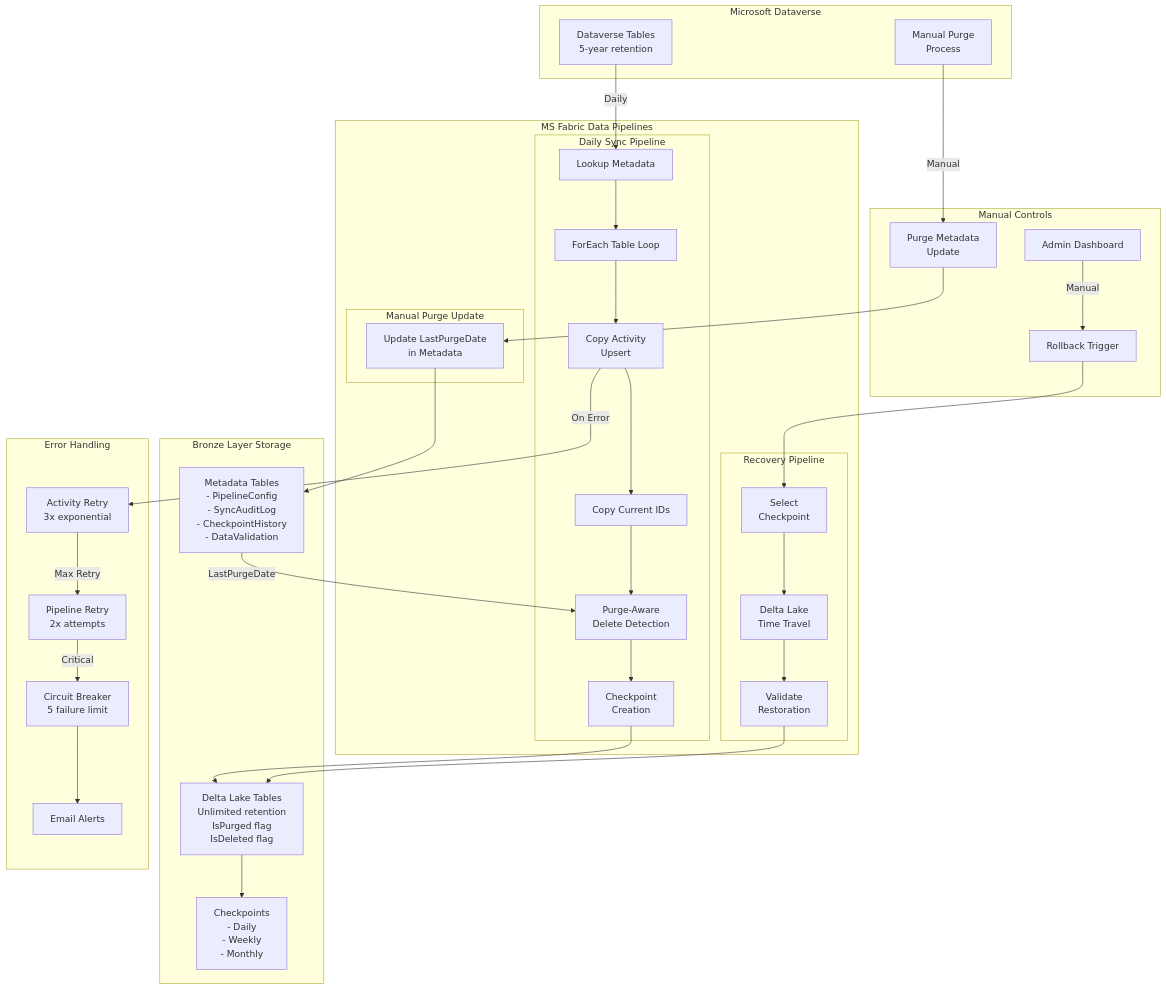
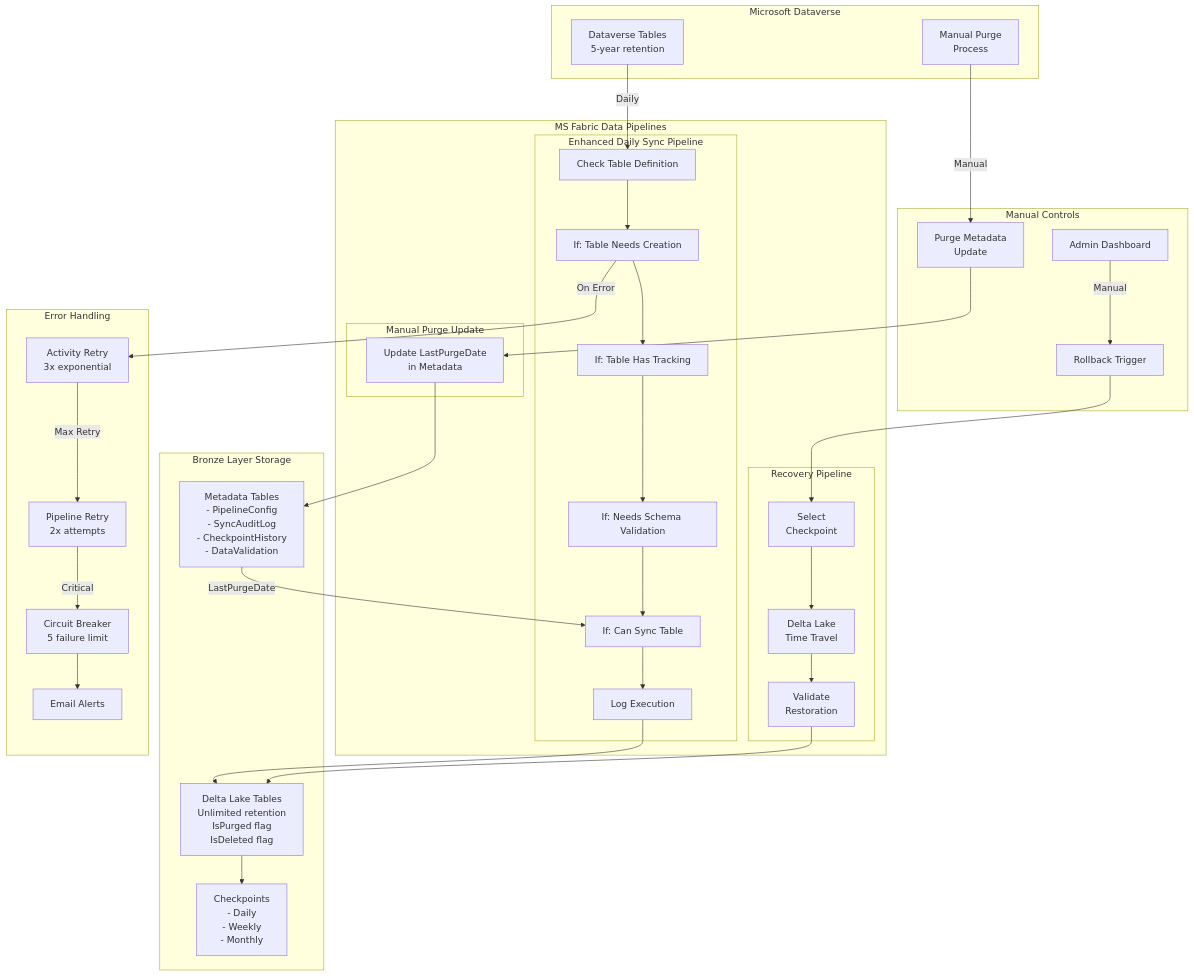
One commit to TheNightFoxOD/MSFabricDataWarehouse changed the diagram in Dataverse to MS Fabric Bronze Layer Synchronization.md. Above: the diagram before and after it, drawn with Mermaid. The commit also changed other lines of this file, not shown here.

Commit message:
Updated architecture documentation to reflect changes to daily sync pipeline

````diff
--- a/Dataverse to MS Fabric Bronze Layer Synchronization.md
+++ b/Dataverse to MS Fabric Bronze Layer Synchronization.md
@@ -225,73 +236,73 @@
 ```mermaid
 graph TB
     subgraph "Microsoft Dataverse"
         DV[Dataverse Tables<br/>5-year retention]
         PURGE[Manual Purge<br/>Process]
     end
     
     subgraph "MS Fabric Data Pipelines"
-        subgraph "Daily Sync Pipeline"
-            DS1[Lookup Metadata]
-            DS2[ForEach Table Loop]
-            DS3[Copy Activity<br/>Upsert]
-            DS4[Copy Current IDs]
-            DS5[Purge-Aware<br/>Delete Detection]
-            DS6[Checkpoint<br/>Creation]
+        subgraph "Enhanced Daily Sync Pipeline"
+            DS0[Check Table Definition]
+            DS1[If: Table Needs Creation]
+            DS2[If: Table Has Tracking]
+            DS3[If: Needs Schema Validation]
+            DS4[If: Can Sync Table]
+            DS5[Log Execution]
         end
         
         subgraph "Manual Purge Update"
             PU1[Update LastPurgeDate<br/>in Metadata]
         end
         
         subgraph "Recovery Pipeline"
             RP1[Select<br/>Checkpoint]
             RP2[Delta Lake<br/>Time Travel]
             RP3[Validate<br/>Restoration]
         end
     end
     
     subgraph "Bronze Layer Storage"
         BL[Delta Lake Tables<br/>Unlimited retention<br/>IsPurged flag<br/>IsDeleted flag]
         CP[Checkpoints<br/>- Daily<br/>- Weekly<br/>- Monthly]
         META[Metadata Tables<br/>- PipelineConfig<br/>- SyncAuditLog<br/>- CheckpointHistory<br/>- DataValidation]
     end
     
     subgraph "Error Handling"
         EH1[Activity Retry<br/>3x exponential]
         EH2[Pipeline Retry<br/>2x attempts]
         EH3[Circuit Breaker<br/>5 failure limit]
         EH4[Email Alerts]
     end
     
     subgraph "Manual Controls"
         MC1[Admin Dashboard]
         MC2[Rollback Trigger]
         MC3[Purge Metadata<br/>Update]
     end
     
-    DV -->|Daily| DS1
+    DV -->|Daily| DS0
+    DS0 --> DS1
     DS1 --> DS2
     DS2 --> DS3
     DS3 --> DS4
     DS4 --> DS5
-    DS5 --> DS6
-    DS6 --> BL
+    DS5 --> BL
     
     PURGE -->|Manual| MC3
     MC3 --> PU1
     PU1 --> META
     
-    DS3 -->|On Error| EH1
+    DS1 -->|On Error| EH1
     EH1 -->|Max Retry| EH2
     EH2 -->|Critical| EH3
     EH3 --> EH4
     
     MC1 -->|Manual| MC2
     MC2 --> RP1
     RP1 --> RP2
     RP2 --> RP3
     RP3 --> BL
     
     BL --> CP
-    META -->|LastPurgeDate| DS5
+    META -->|LastPurgeDate| DS4
 ```
````
